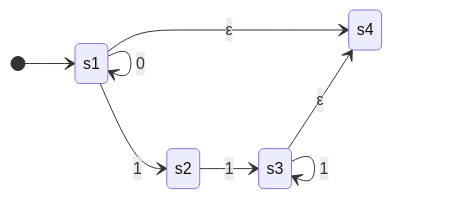
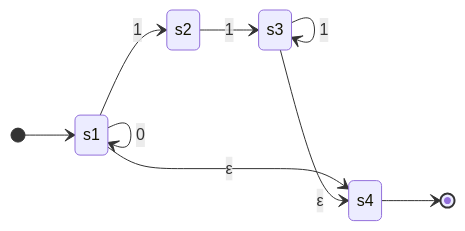
One commit to aarnphm/aarnphm.github.io changed the third of 3 diagrams in content/thoughts/NFA.md. Above: the diagram before and after it, drawn with Mermaid. The commit also changed other lines of this file and 128 other files, not shown here.

Commit message:
feat(mdx): standardize figure-fieldset legends, expand MTP and Qwen3 head spectra, and tighten figure captions

````diff
--- a/content/thoughts/NFA.md
+++ b/content/thoughts/NFA.md
@@ -106,11 +100,12 @@
 ```mermaid
 stateDiagram-v2
-  direction LR
-  [*] --> s1
-  s1 --> s2: 1
-  s2 --> s3: 1
-  s3 --> s4: ε
-  s1 --> s4: ε
-  s1 --> s1: 0
-  s3 --> s3: 1
+    direction LR
+    [*] --> s1
+    s1 --> s1: 0
+    s1 --> s2: 1
+    s2 --> s3: 1
+    s3 --> s3: 1
+    s1 --> s4: ε
+    s3 --> s4: ε
+    s4 --> [*]
 ```
````
